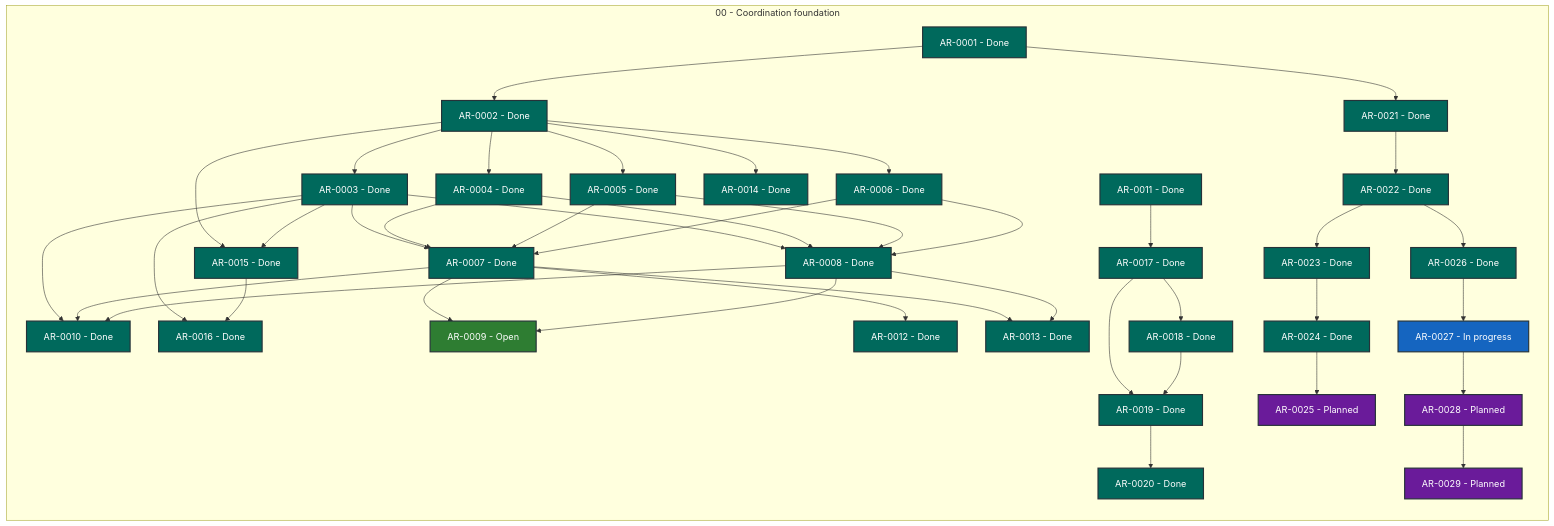
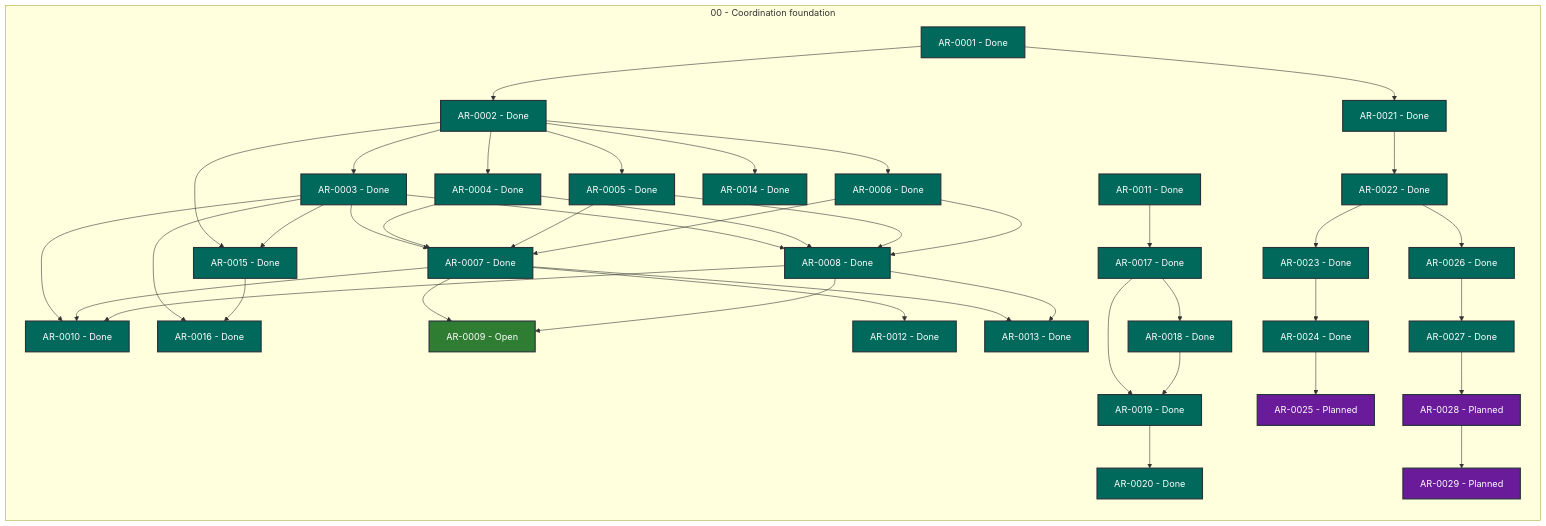
Before and after one commit to martin-beck/agent-workflow-coordinator-state: the diagram in STATUS.md, drawn with Mermaid. The commit also changed other lines of this file and 2 other files, not shown here.

```diff
--- a/STATUS.md
+++ b/STATUS.md
@@ -54,7 +54,7 @@
         AR_0024["AR-0024 - Done"]:::status_done
         AR_0025["AR-0025 - Planned"]:::status_planned
         AR_0026["AR-0026 - Done"]:::status_done
-        AR_0027["AR-0027 - In progress"]:::status_in_progress
+        AR_0027["AR-0027 - Done"]:::status_done
         AR_0028["AR-0028 - Planned"]:::status_planned
         AR_0029["AR-0029 - Planned"]:::status_planned
     end
```
